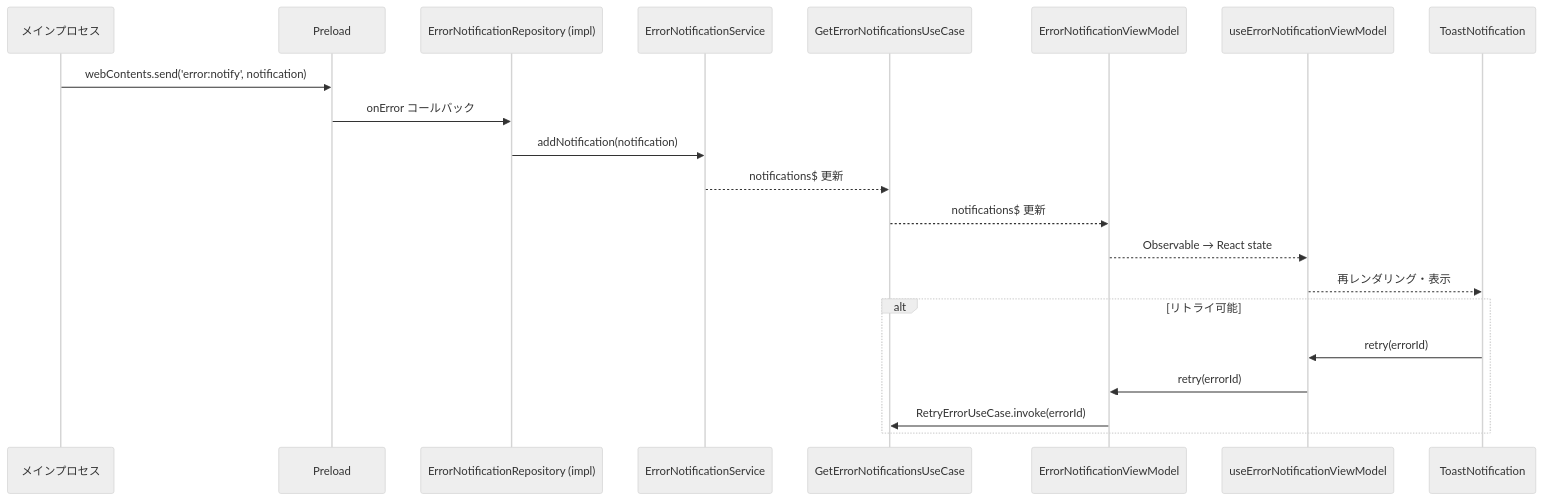
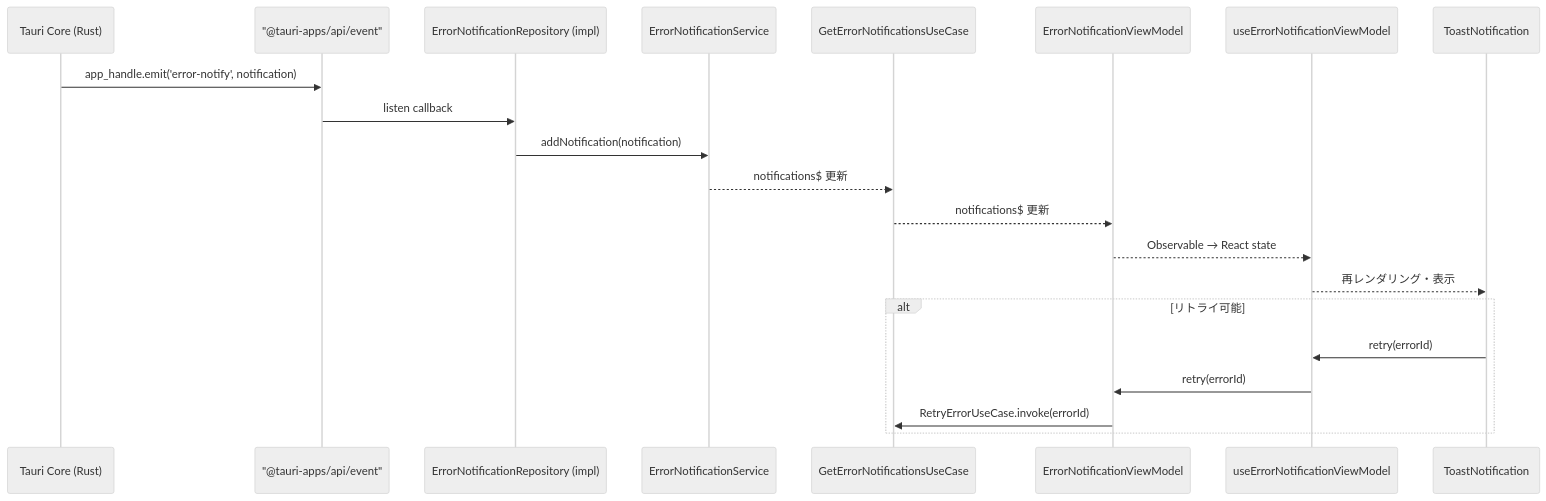
The second of 3 diagrams in .sdd/specification/application-foundation_spec.md (ToshikiImagawa/Buruma), drawn with Mermaid (neutral theme) before and after one commit. The commit also changed other lines of this file and 7 other files, not shown here.

````diff
--- a/.sdd/specification/application-foundation_spec.md
+++ b/.sdd/specification/application-foundation_spec.md
@@ -408,25 +409,25 @@
 ```mermaid
 sequenceDiagram
-    participant Main as メインプロセス
-    participant Preload as Preload
+    participant Core as Tauri Core (Rust)
+    participant Listen as "@tauri-apps/api/event"
     participant Repo as ErrorNotificationRepository (impl)
     participant Svc as ErrorNotificationService
     participant UC as GetErrorNotificationsUseCase
     participant VM as ErrorNotificationViewModel
     participant Hook as useErrorNotificationViewModel
     participant Toast as ToastNotification
 
-    Main ->> Preload: webContents.send('error:notify', notification)
-    Preload ->> Repo: onError コールバック
+    Core ->> Listen: app_handle.emit('error-notify', notification)
+    Listen ->> Repo: listen callback
     Repo ->> Svc: addNotification(notification)
     Svc -->> UC: notifications$ 更新
     UC -->> VM: notifications$ 更新
     VM -->> Hook: Observable → React state
     Hook -->> Toast: 再レンダリング・表示
 
     alt リトライ可能
         Toast ->> Hook: retry(errorId)
         Hook ->> VM: retry(errorId)
         VM ->> UC: RetryErrorUseCase.invoke(errorId)
     end
 ```
````
